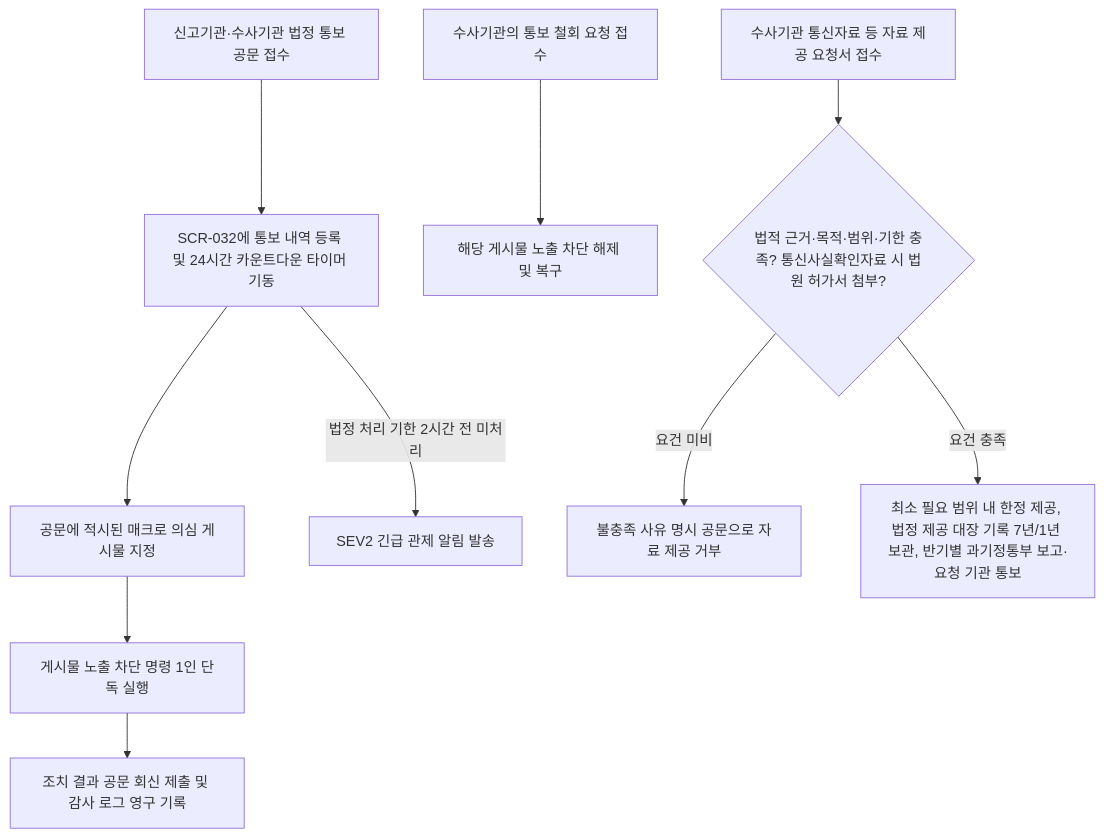
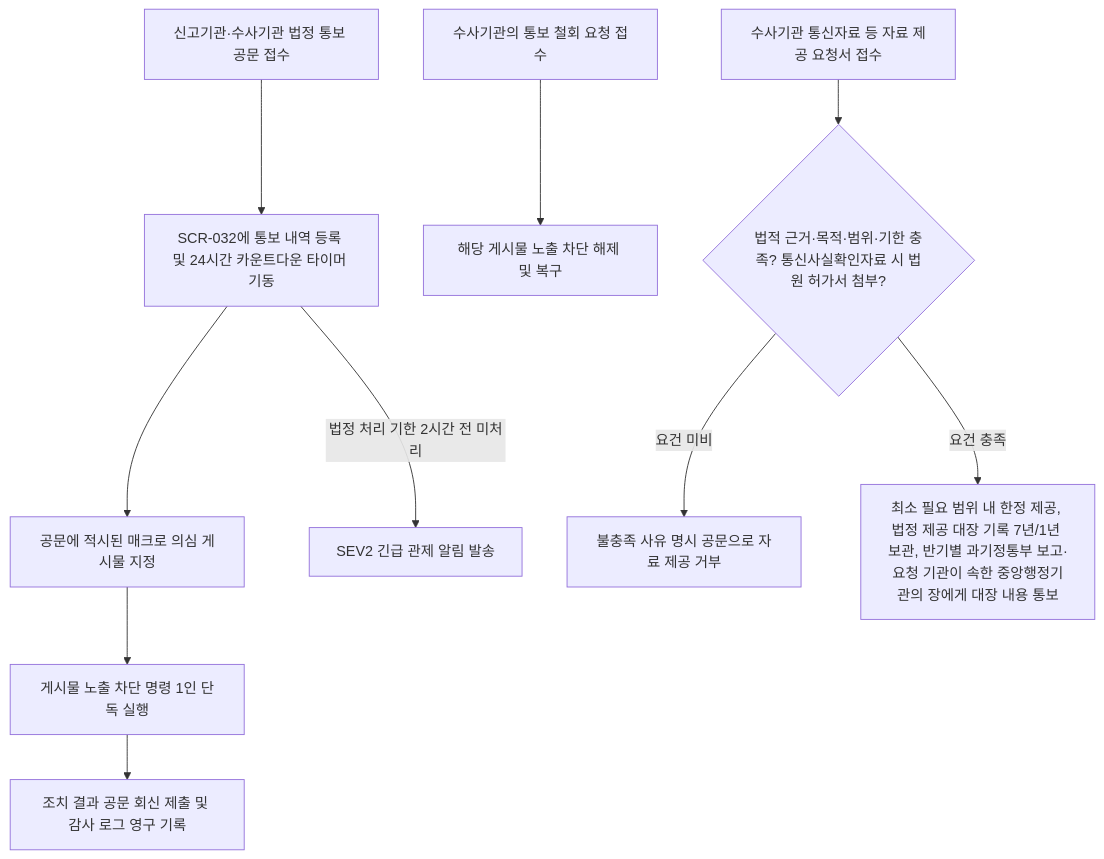
One commit to peaket/peaket changed the seventh of 13 diagrams in planning/04-ia-flows-screens.md. Above: the diagram before and after it, drawn with Mermaid. The commit also changed other lines of this file and 85 other files, not shown here.

````diff
--- a/planning/04-ia-flows-screens.md
+++ b/planning/04-ia-flows-screens.md
@@ -270,11 +270,11 @@
 ```mermaid
 flowchart TD
     A[신고기관·수사기관 법정 통보 공문 접수] --> B[SCR-032에 통보 내역 등록 및 24시간 카운트다운 타이머 기동]
     B --> C[공문에 적시된 매크로 의심 게시물 지정] --> D[게시물 노출 차단 명령 1인 단독 실행]
     D --> E[조치 결과 공문 회신 제출 및 감사 로그 영구 기록]
     B -- 법정 처리 기한 2시간 전 미처리 --> F[SEV2 긴급 관제 알림 발송]
     G[수사기관의 통보 철회 요청 접수] --> H[해당 게시물 노출 차단 해제 및 복구]
     I[수사기관 통신자료 등 자료 제공 요청서 접수] --> J{법적 근거·목적·범위·기한 충족? 통신사실확인자료 시 법원 허가서 첨부?}
     J -- 요건 미비 --> K[불충족 사유 명시 공문으로 자료 제공 거부]
-    J -- 요건 충족 --> L[최소 필요 범위 내 한정 제공, 법정 제공 대장 기록 7년/1년 보관, 반기별 과기정통부 보고·요청 기관 통보]
+    J -- 요건 충족 --> L[최소 필요 범위 내 한정 제공, 법정 제공 대장 기록 7년/1년 보관, 반기별 과기정통부 보고·요청 기관이 속한 중앙행정기관의 장에게 대장 내용 통보]
 ```
````
